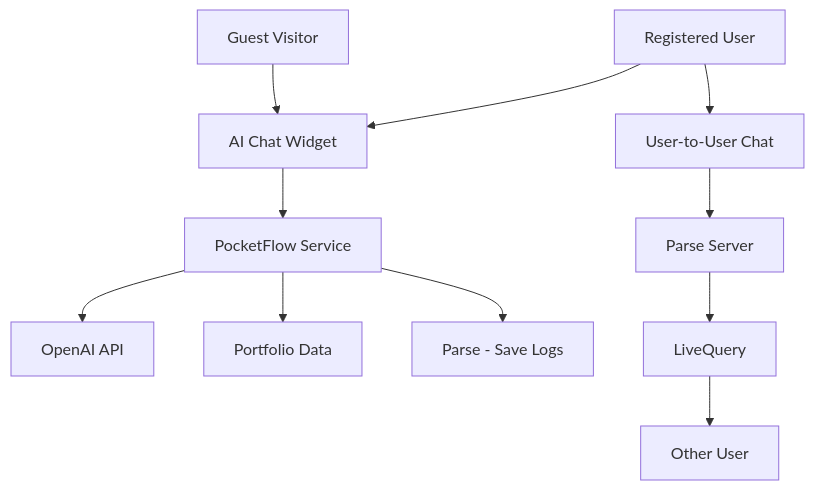
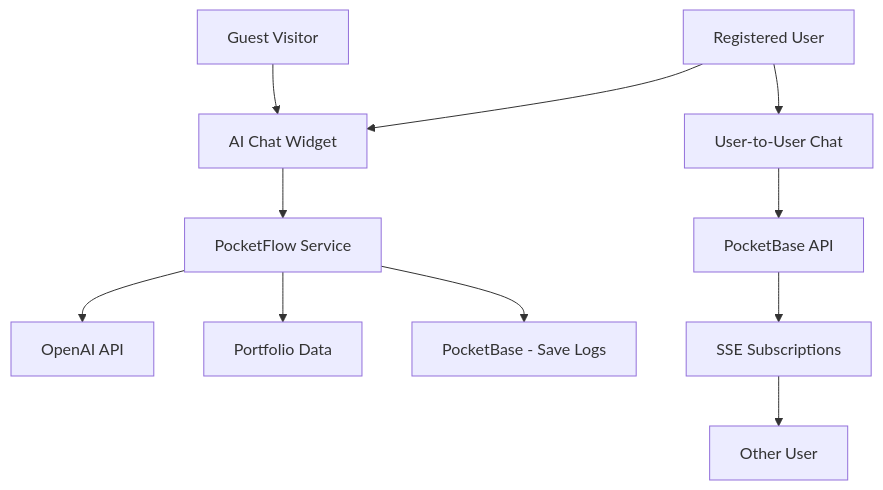
One commit to dirm02/bloggista changed the ninth of 13 diagrams in expansion.md. Above: the diagram before and after it, drawn with Mermaid. The commit also changed other lines of this file, not shown here.

````diff
--- a/expansion.md
+++ b/expansion.md
@@ -390,15 +370,15 @@
 ```mermaid
 flowchart TB
     Guest[Guest Visitor] --> AIChat[AI Chat Widget]
     RegUser[Registered User] --> AIChat
     RegUser --> UserChat[User-to-User Chat]
 
     AIChat --> PocketFlow[PocketFlow Service]
     PocketFlow --> LLM[OpenAI API]
     PocketFlow --> PortData[Portfolio Data]
-    PocketFlow --> ParseLog[Parse - Save Logs]
+    PocketFlow --> PBLog[PocketBase - Save Logs]
 
-    UserChat --> Parse[Parse Server]
-    Parse --> LiveQuery[LiveQuery]
-    LiveQuery --> OtherUser[Other User]
+    UserChat --> PocketBase[PocketBase API]
+    PocketBase --> SSE[SSE Subscriptions]
+    SSE --> OtherUser[Other User]
 ```
````
